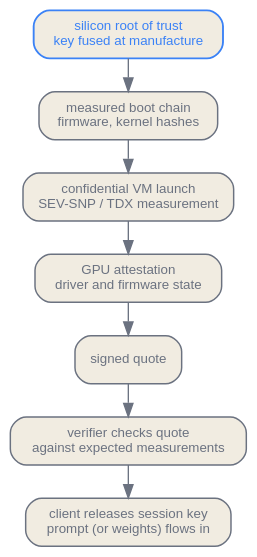
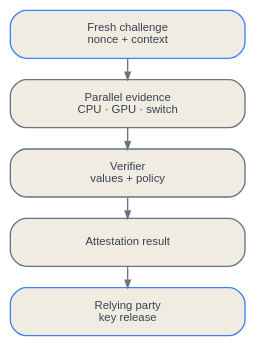
The diagram in en/safety/07-confidential-inference.qmd (latere-ai/ai-as-an-infrastructure), drawn with Graphviz before and after one commit. The commit also changed other lines of this file and 3 other files, not shown here.

````diff
--- a/en/safety/07-confidential-inference.qmd
+++ b/en/safety/07-confidential-inference.qmd
@@ -17,21 +146,22 @@
 ```{dot}
 //| label: fig-confidential-inference-attestation
-//| fig-cap: "The attestation chain of a confidential serving stack. Each link is measured by the one below it and verified by the client's policy before any secret flows; the chain's anchor is a key fused into a vendor's silicon, which is where the trust finally resides."
+//| fig-cap: "CPU, GPU, and switch attesters provide parallel, nonce-bound evidence. A verifier appraises each claim; the relying party releases a key only to the endpoint bound to the accepted result."
 digraph attestation {
+  rankdir=TB;
   bgcolor="transparent";
-  rankdir=TB;
-  nodesep=0.5; ranksep=0.35;
-  node [shape=box, style="rounded,filled", fontname="Helvetica", fontsize=10, color="#6b7280", fontcolor="#6b7280", fillcolor="#f1ece1", penwidth=1.1];
-  edge [fontsize=9, fontname="Helvetica", color="#6b7280", fontcolor="#6b7280"];
+  graph [nodesep=0.14, ranksep=0.22];
+  node [shape=box, style="rounded,filled", fontname="Helvetica", fontsize=8.5,
+        color="#6b7280", fontcolor="#374151", fillcolor="#f1ece1",
+        margin="0.06,0.04", width=2.45];
+  edge [color="#6b7280", arrowsize=0.55];
 
-  silicon [label="silicon root of trust\nkey fused at manufacture", color="#3b82f6", fontcolor="#3b82f6", penwidth=1.4];
-  boot    [label="measured boot chain\nfirmware, kernel hashes"];
-  cvm     [label="confidential VM launch\nSEV-SNP / TDX measurement"];
-  gpu     [label="GPU attestation\ndriver and firmware state"];
-  quote   [label="signed quote"];
-  verify  [label="verifier checks quote\nagainst expected measurements"];
-  key     [label="client releases session key\nprompt (or weights) flows in"];
+  nonce [label="Fresh challenge\nnonce + context", color="#3b82f6"];
+  attesters [label="Parallel evidence\nCPU · GPU · switch"];
+  verifier [label="Verifier\nvalues + policy"];
+  result [label="Attestation result"];
+  release [label="Relying party\nkey release", color="#3b82f6"];
 
-  silicon -> boot -> cvm -> gpu -> quote -> verify -> key;
+  nonce -> attesters -> verifier;
+  verifier -> result -> release;
 }
 ```
````
